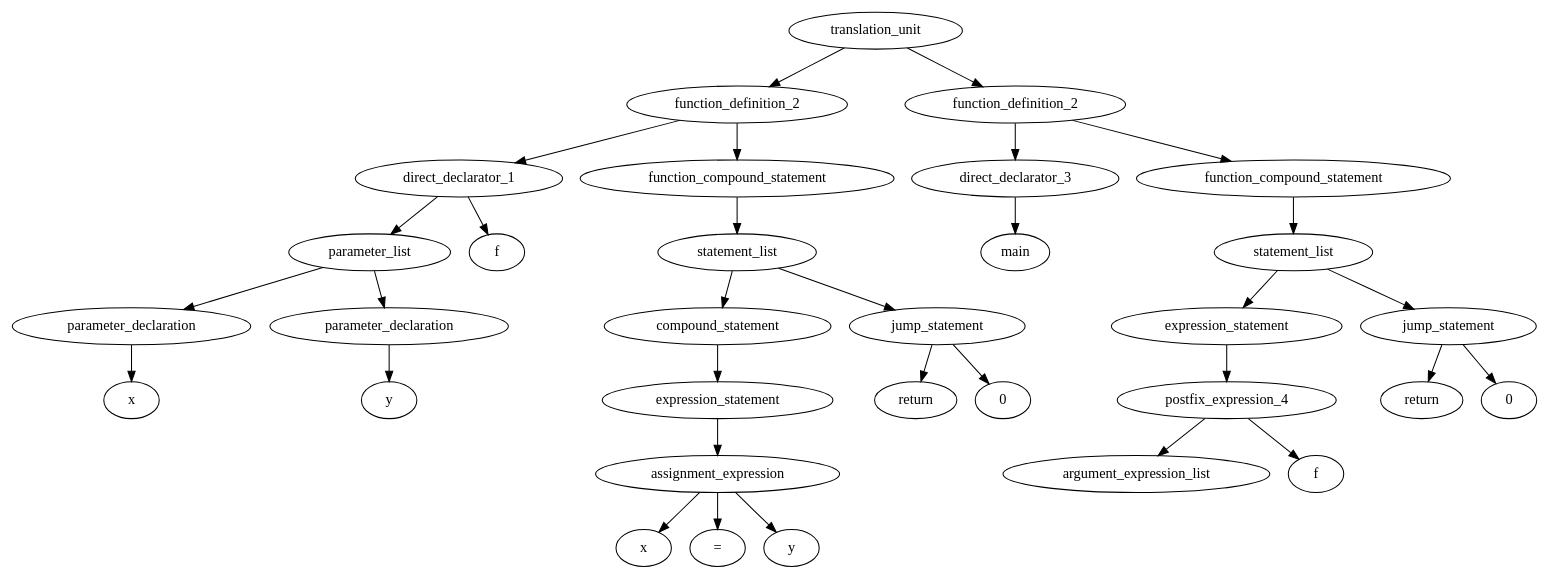
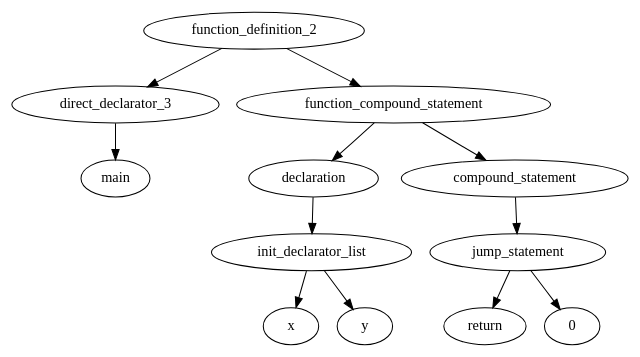
Before and after one commit to govarun/compiler-project: the diagram in graph1.dot, drawn with Graphviz. The commit also changed 37 other files, not shown here.

```diff
--- a/graph1.dot
+++ b/graph1.dot
@@ -1,65 +1,25 @@
 digraph G {
-1[label="parameter_declaration"]
-2[label="x"]
+1[label="direct_declarator_3"]
+2[label="main"]
 1 -> 2
-3[label="parameter_declaration"]
-4[label="y"]
+3[label="init_declarator_list"]
+4[label="x"]
 3 -> 4
-5[label="parameter_list"]
-5 -> 1
-5 -> 3
-6[label="direct_declarator_1"]
-7[label="f"]
-6 -> 7
-6 -> 5
-8[label="assignment_expression"]
-9[label="x"]
-8 -> 9
-10[label="="]
-8 -> 10
-11[label="y"]
-8 -> 11
-12[label="expression_statement"]
-12 -> 8
-13[label="compound_statement"]
-13 -> 12
-14[label="jump_statement"]
-15[label="return"]
-14 -> 15
-16[label="0"]
-14 -> 16
-17[label="statement_list"]
-17 -> 13
-17 -> 14
-18[label="function_compound_statement"]
-18 -> 17
-19[label="function_definition_2"]
-19 -> 6
-19 -> 18
-20[label="direct_declarator_3"]
-21[label="main"]
-20 -> 21
-22[label="argument_expression_list"]
-23[label="postfix_expression_4"]
-24[label="f"]
-23 -> 24
-23 -> 22
-25[label="expression_statement"]
-25 -> 23
-26[label="jump_statement"]
-27[label="return"]
-26 -> 27
-28[label="0"]
-26 -> 28
-29[label="statement_list"]
-29 -> 25
-29 -> 26
-30[label="function_compound_statement"]
-30 -> 29
-31[label="function_definition_2"]
-31 -> 20
-31 -> 30
-32[label="translation_unit"]
-32 -> 19
-32 -> 31
+5[label="y"]
+3 -> 5
+6[label="declaration"]
+6 -> 3
+7[label="jump_statement"]
+8[label="return"]
+7 -> 8
+9[label="0"]
+7 -> 9
+10[label="compound_statement"]
+10 -> 7
+11[label="function_compound_statement"]
+11 -> 6
+11 -> 10
+12[label="function_definition_2"]
+12 -> 1
+12 -> 11
 }
```
